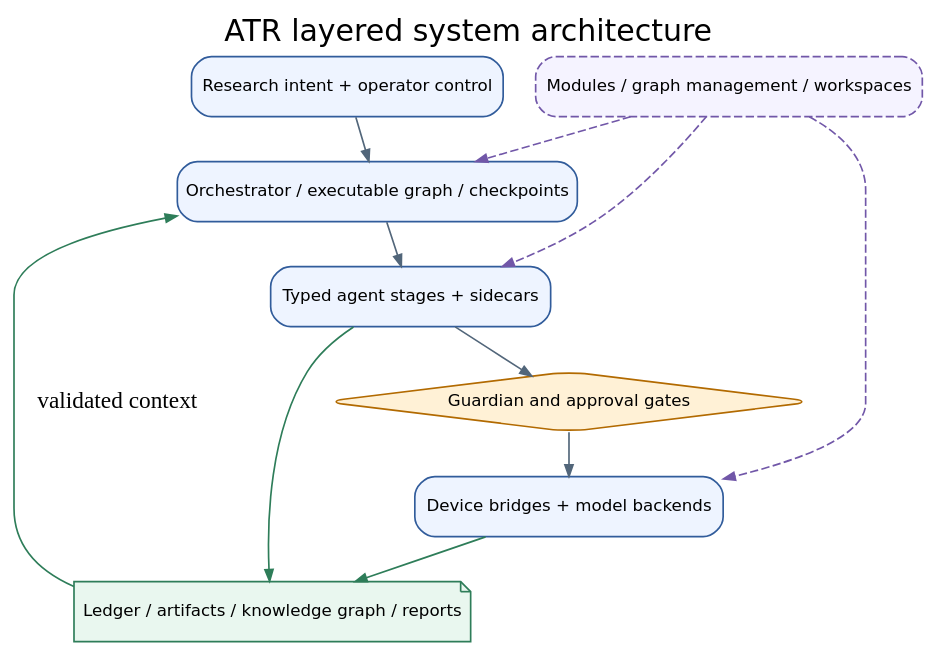
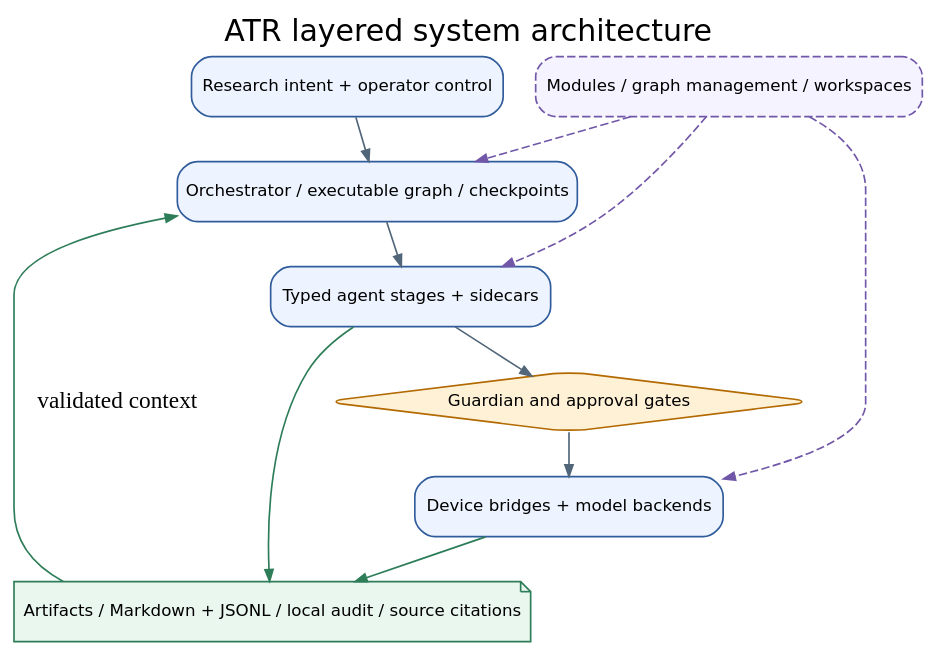
Before and after one commit to JIN9811/autonomous_researcher: the diagram in docs/paper/assets/figures/02_layered_architecture.dot, drawn with Graphviz. The commit also changed 53 other files, not shown here.

```diff
--- a/docs/paper/assets/figures/02_layered_architecture.dot
+++ b/docs/paper/assets/figures/02_layered_architecture.dot
@@ -1,21 +1,21 @@
 digraph layered_architecture {
   graph [rankdir=TB, bgcolor="transparent", pad="0.25", nodesep="0.28", ranksep="0.35", fontname="DejaVu Sans", label="ATR layered system architecture", labelloc="t", fontsize=18];
   node [shape=box, style="rounded,filled", fillcolor="#EEF4FF", color="#315C9B", fontname="DejaVu Sans", fontsize=10, margin="0.12,0.08"];
   edge [color="#52667A", arrowsize=0.7];
 
   operator [label="Research intent + operator control"];
   orchestration [label="Orchestrator / executable graph / checkpoints"];
   agents [label="Typed agent stages + sidecars"];
   guardian [label="Guardian and approval gates", shape=diamond, fillcolor="#FFF1D6", color="#B26A00"];
   adapters [label="Device bridges + model backends"];
-  evidence [label="Ledger / artifacts / knowledge graph / reports", shape=note, fillcolor="#E9F7EF", color="#2E7D59"];
+  evidence [label="Artifacts / Markdown + JSONL / local audit / source citations", shape=note, fillcolor="#E9F7EF", color="#2E7D59"];
   platform [label="Modules / graph management / workspaces", style="rounded,dashed,filled", fillcolor="#F5F3FF", color="#7157A8"];
 
   operator -> orchestration -> agents -> guardian -> adapters;
   agents -> evidence [color="#2E7D59"];
   adapters -> evidence [color="#2E7D59"];
   evidence -> orchestration [label="validated context", color="#2E7D59"];
   platform -> orchestration [style=dashed, color="#7157A8"];
   platform -> agents [style=dashed, color="#7157A8"];
   platform -> adapters [style=dashed, color="#7157A8"];
 }
```
